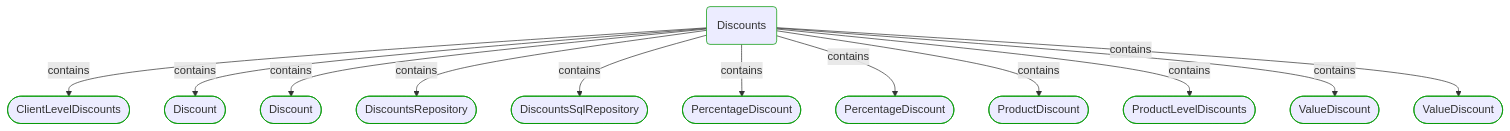
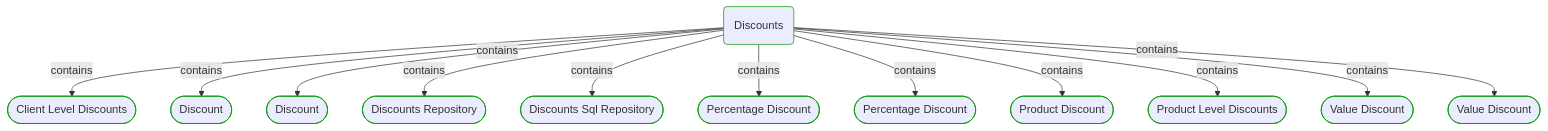
The third of 5 diagrams in Docs/P3/MermaidOutput/Modules/Sales/Pricing/Discounts/Discounts.md (itlibrium/DDD-starter-dotnet), drawn with Mermaid before and after one commit. The commit also changed other lines of this file and 174 other files, not shown here.

````diff
--- a/Docs/P3/MermaidOutput/Modules/Sales/Pricing/Discounts/Discounts.md
+++ b/Docs/P3/MermaidOutput/Modules/Sales/Pricing/Discounts/Discounts.md
@@ -45,41 +48,41 @@
 ```mermaid
   flowchart TB
     0(Discounts)
     class 0 DomainPerspective
-    1([ClientLevelDiscounts])
+    1([Client Level Discounts])
     class 1 DomainPerspective
     0-->|contains|1
     2([Discount])
     class 2 DomainPerspective
     0-->|contains|2
     3([Discount])
     class 3 DomainPerspective
     0-->|contains|3
-    4([DiscountsRepository])
+    4([Discounts Repository])
     class 4 DomainPerspective
     0-->|contains|4
-    5([DiscountsSqlRepository])
+    5([Discounts Sql Repository])
     class 5 DomainPerspective
     0-->|contains|5
-    6([PercentageDiscount])
+    6([Percentage Discount])
     class 6 DomainPerspective
     0-->|contains|6
-    7([PercentageDiscount])
+    7([Percentage Discount])
     class 7 DomainPerspective
     0-->|contains|7
-    8([ProductDiscount])
+    8([Product Discount])
     class 8 DomainPerspective
     0-->|contains|8
-    9([ProductLevelDiscounts])
+    9([Product Level Discounts])
     class 9 DomainPerspective
     0-->|contains|9
-    10([ValueDiscount])
+    10([Value Discount])
     class 10 DomainPerspective
     0-->|contains|10
-    11([ValueDiscount])
+    11([Value Discount])
     class 11 DomainPerspective
     0-->|contains|11
     classDef DomainPerspective stroke:#009900
     classDef TechnologyPerspective stroke:#1F41EB
     classDef PeoplePerspective stroke:#FFF014
 ```
````
